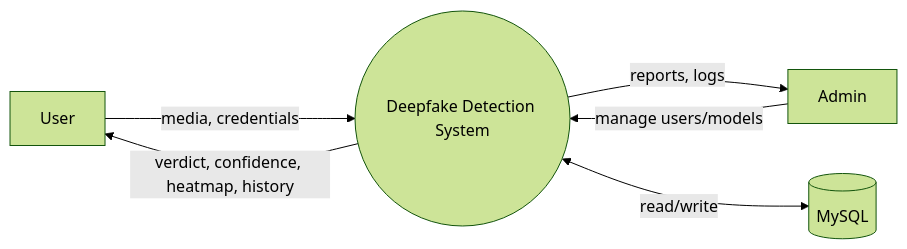
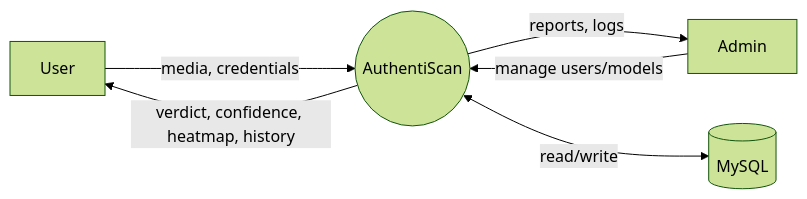
One commit to btwitsshivanshu/Deepfake-Detection-system changed the ninth of 11 diagrams in docs/phase2_architecture.md. Above: the diagram before and after it, drawn with Mermaid (forest theme). The commit also changed 11 other files, not shown here.

````diff
--- a/docs/phase2_architecture.md
+++ b/docs/phase2_architecture.md
@@ -291,8 +291,8 @@
 ```mermaid
 flowchart LR
-    U[User] -->|media, credentials| S((Deepfake Detection System))
+    U[User] -->|media, credentials| S((AuthentiScan))
     S -->|verdict, confidence, heatmap, history| U
     A[Admin] -->|manage users/models| S
     S -->|reports, logs| A
     S <-->|read/write| DB[(MySQL)]
 ```
````
